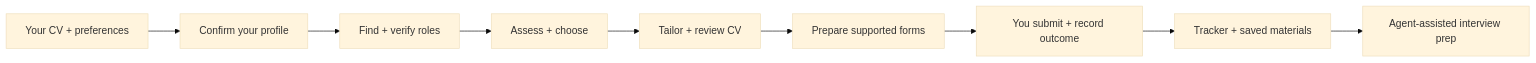
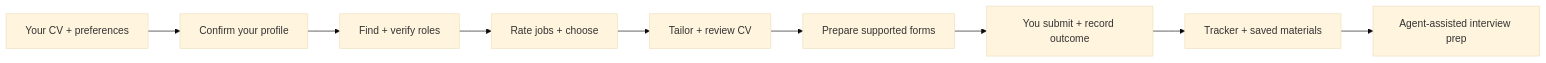
Before and after one commit to Welzikl/JobLazy: the diagram in README.md, drawn with Mermaid (base theme). The commit also changed other lines of this file and 5 other files, not shown here.

````diff
--- a/README.md
+++ b/README.md
@@ -96,11 +120,11 @@
 ```mermaid
 flowchart LR
     A[Your CV + preferences] --> B[Confirm your profile]
     B --> C[Find + verify roles]
-    C --> D[Assess + choose]
+    C --> D[Rate jobs + choose]
     D --> E[Tailor + review CV]
     E --> F[Prepare supported forms]
     F --> G[You submit + record outcome]
     G --> H[Tracker + saved materials]
     H --> I[Agent-assisted interview prep]
 ```
````
